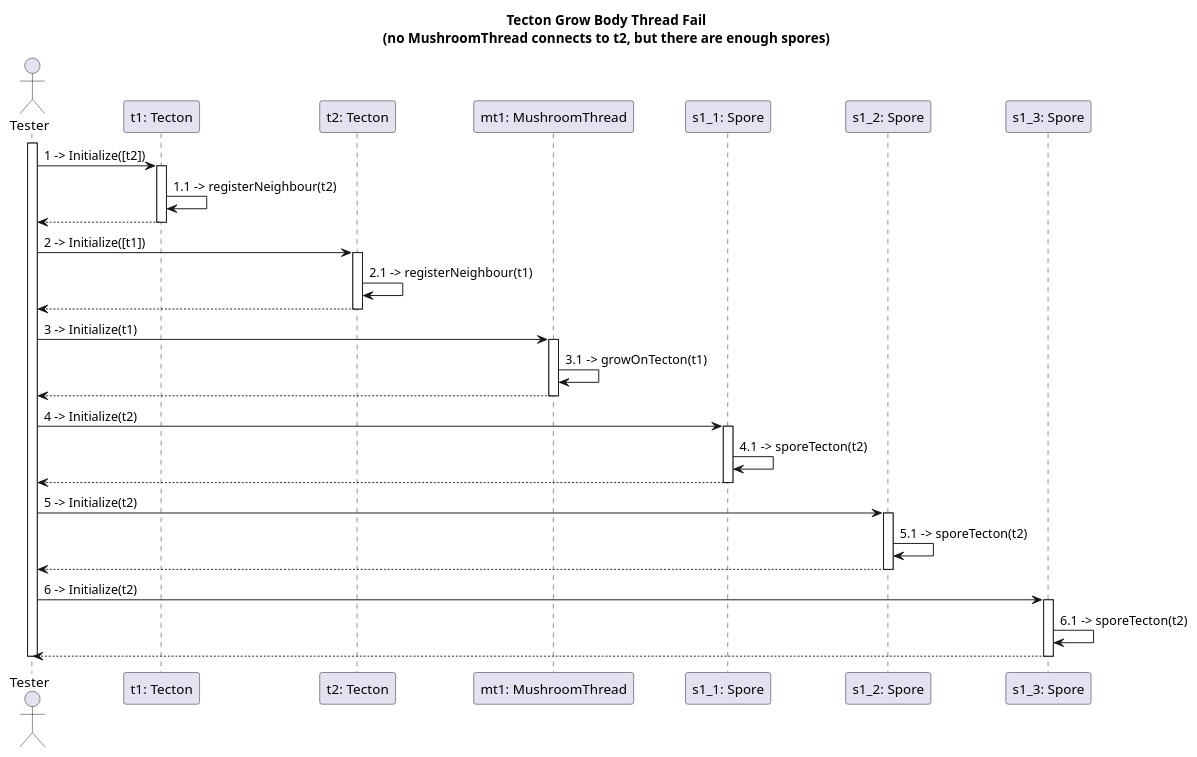
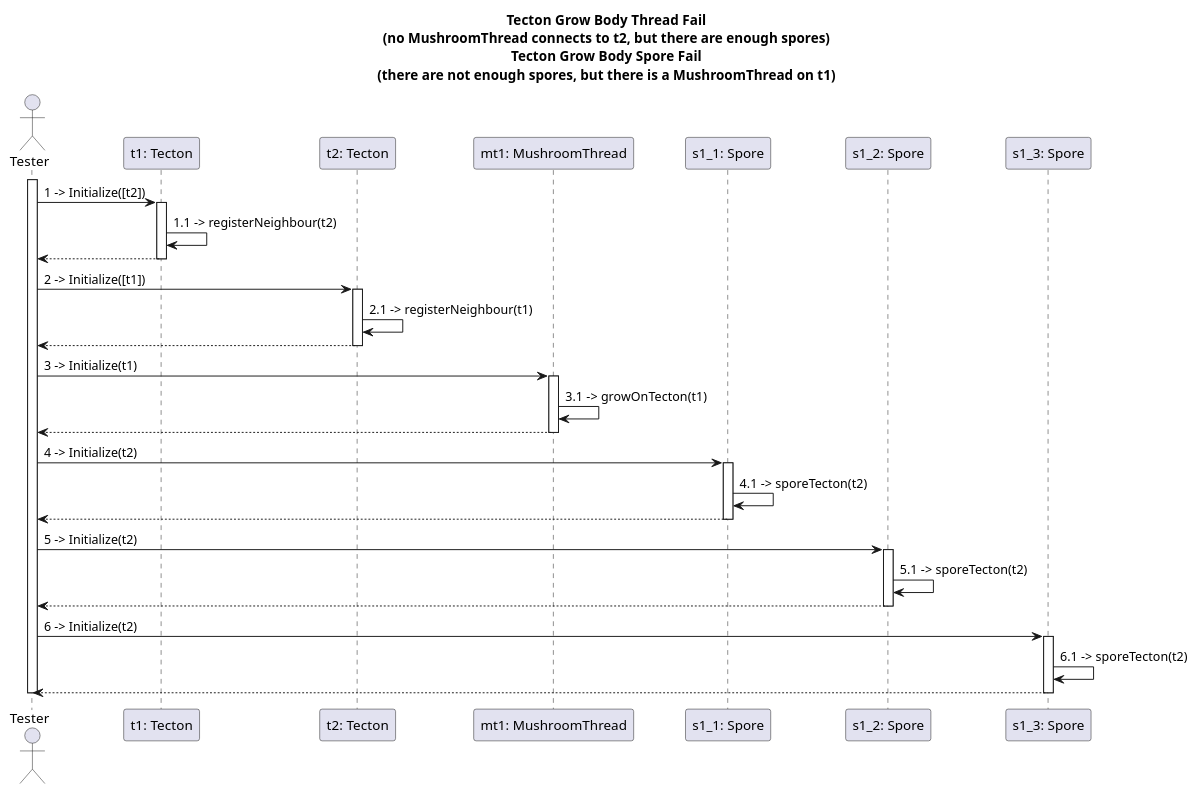
Before and after one commit to dzsem/projlab: the diagram in diagrams/communication/tecton3_3.puml, drawn with PlantUML. The commit also changed 1 other file, not shown here.

Commit message:
Update comments and titles, split off Tecton Grow Body Spore Fail

```diff
--- a/diagrams/communication/tecton3_3.puml
+++ b/diagrams/communication/tecton3_3.puml
@@ -4,80 +4,80 @@
 @startuml communicationTecton3_3
 
-title Tecton Grow Body Thread Fail\n(no MushroomThread connects to t2, but there are enough spores)
+title Tecton Grow Body Thread Fail\n(no MushroomThread connects to t2, but there are enough spores)\nTecton Grow Body Spore Fail\n(there are not enough spores, but there is a MushroomThread on t1)
 
 actor "Tester" as ts
 participant "t1: Tecton" as t1 
 participant "t2: Tecton" as t2
 
 participant "mt1: MushroomThread" as mt1
 
 participant "s1_1: Spore" as s1_1
 participant "s1_2: Spore" as s1_2
 participant "s1_3: Spore" as s1_3
 
 activate ts
 
 ts -> t1: 1 -> Initialize([t2])
 activate t1
 
 	t1 -> t1: 1.1 -> registerNeighbour(t2)
 
 ts <-- t1
 deactivate t1
 
 ts -> t2: 2 -> Initialize([t1])
 activate t2
 
 t2 -> t2: 2.1 -> registerNeighbour(t1)
 
 ts <-- t2
 deactivate t2
 
 ts -> mt1: 3 -> Initialize(t1)
 activate mt1
 	' tecton beállítás
 	' growOnTecton() blackboxolja, hogy a Tecton MushroomThreadjei közé is felveszi magát
 	mt1 -> mt1: 3.1 -> growOnTecton(t1)
 
 ts <-- mt1
 deactivate mt1
 
 
 ' ------------------------------------------
 ' s1_1: t1-en
 ts -> s1_1: 4 -> Initialize(t2)
 activate s1_1
 
 ' sporeTecton blackboxolja, hogy a Tectonon hozzáadja magát a MushroomSporeok közé
 s1_1 -> s1_1: 4.1 -> sporeTecton(t2)
 
 ts <-- s1_1
 deactivate s1_1
 
 
 ' ------------------------------------------
 ' s1_2: t1-en
 ts -> s1_2: 5 -> Initialize(t2)
 activate s1_2
 
 ' sporeTecton blackboxolja, hogy a Tectonon hozzáadja magát a MushroomSporeok közé
 s1_2 -> s1_2: 5.1 -> sporeTecton(t2)
 
 ts <-- s1_2
 deactivate s1_2
 
 
 ' ------------------------------------------
 ' s1_3: t1-en
 ts -> s1_3: 6 -> Initialize(t2)
 activate s1_3
 
 ' sporeTecton blackboxolja, hogy a Tectonon hozzáadja magát a MushroomSporeok közé
 s1_3 -> s1_3: 6.1 -> sporeTecton(t2)
 
 ts <-- s1_3
 deactivate s1_3
 
 deactivate ts
 
 @enduml
```
